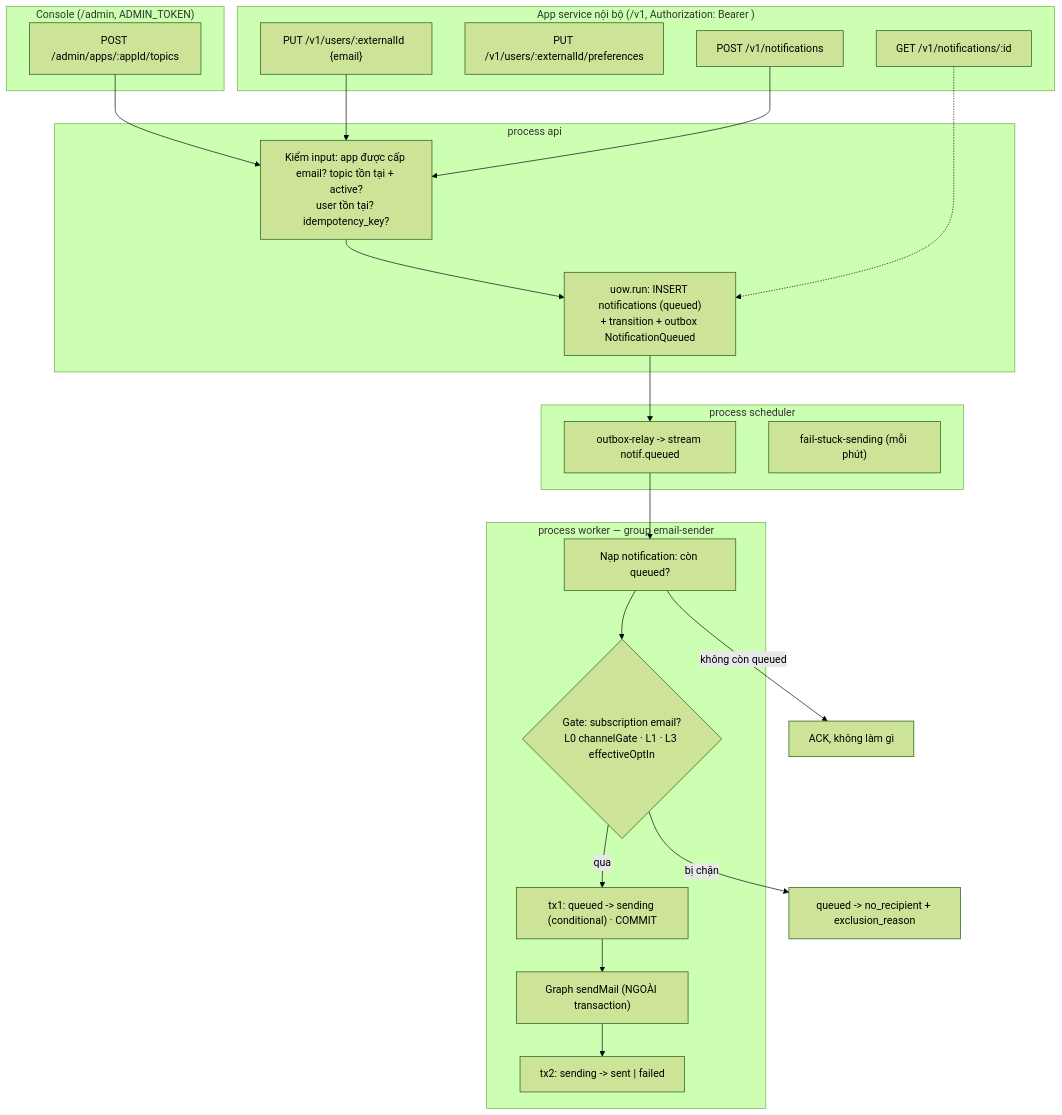
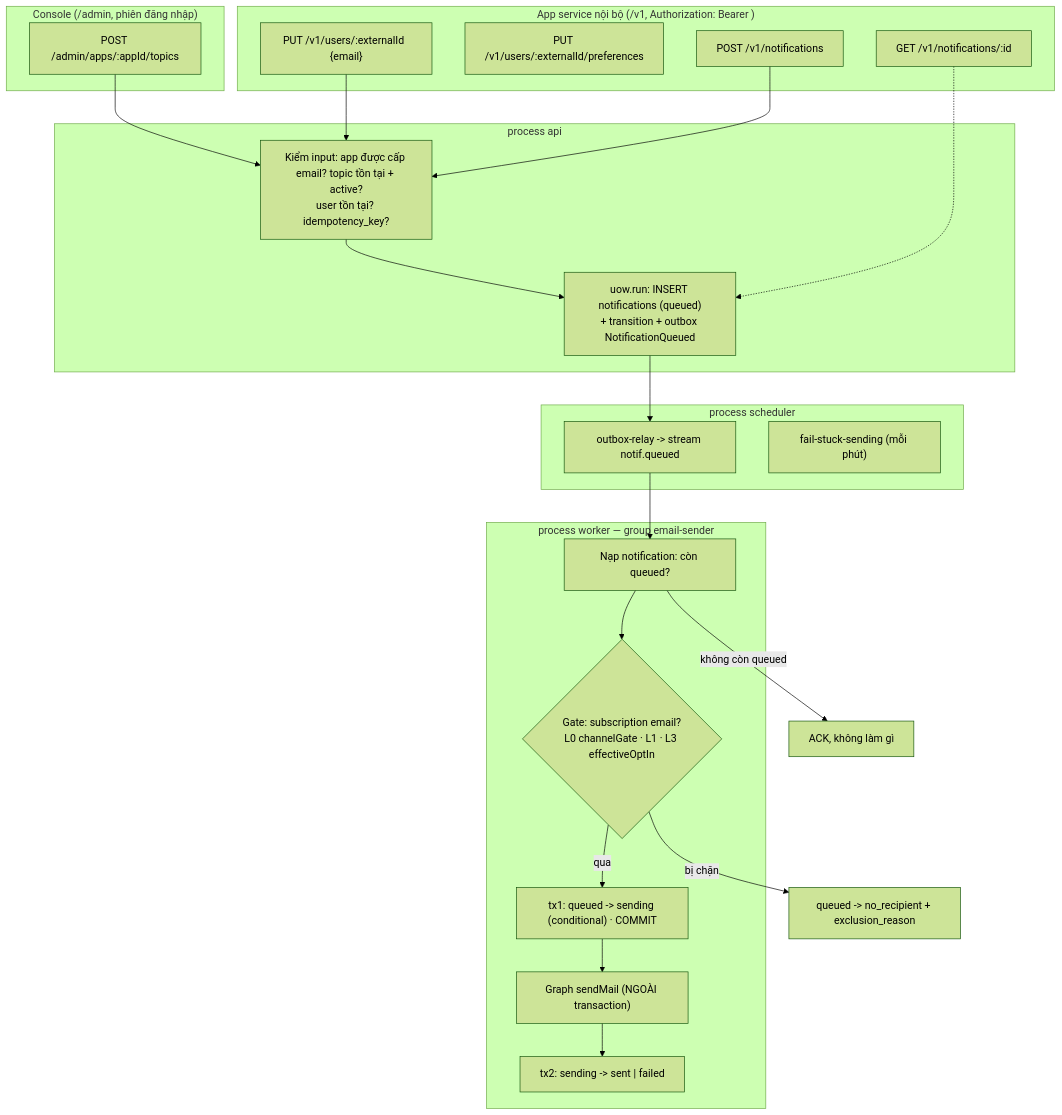
One commit to tuaanh03/Notification_Service changed the diagram in implementation_plan.md. Above: the diagram before and after it, drawn with Mermaid (forest theme). The commit also changed other lines of this file and 58 other files, not shown here.

````diff
--- a/implementation_plan.md
+++ b/implementation_plan.md
@@ -41,35 +41,35 @@
 ```mermaid
 flowchart TD
-    subgraph Admin["Console (/admin, ADMIN_TOKEN)"]
+    subgraph Admin["Console (/admin, phiên đăng nhập)"]
         T1["POST /admin/apps/:appId/topics"]
     end
     subgraph App["App service nội bộ (/v1, Authorization: Bearer <api key>)"]
         U1["PUT /v1/users/:externalId  {email}"]
         U2["PUT /v1/users/:externalId/preferences"]
         N1["POST /v1/notifications"]
         N2["GET /v1/notifications/:id"]
     end
     subgraph API["process api"]
         V["Kiểm input: app được cấp email? topic tồn tại + active?<br/>user tồn tại? idempotency_key?"]
         W["uow.run: INSERT notifications (queued)<br/>+ transition + outbox NotificationQueued"]
     end
     subgraph Relay["process scheduler"]
         R["outbox-relay -> stream notif.queued"]
         S["fail-stuck-sending (mỗi phút)"]
     end
     subgraph Worker["process worker — group email-sender"]
         L["Nạp notification: còn queued?"]
         G{"Gate: subscription email?<br/>L0 channelGate · L1 · L3 effectiveOptIn"}
         C["tx1: queued -> sending (conditional) · COMMIT"]
         P["Graph sendMail (NGOÀI transaction)"]
         D["tx2: sending -> sent | failed"]
     end
     T1 --> V
     U1 --> V
     N1 --> V --> W --> R --> L
     L -->|không còn queued| Ack["ACK, không làm gì"]
     L --> G
     G -->|bị chặn| NR["queued -> no_recipient + exclusion_reason"]
     G -->|qua| C --> P --> D
     N2 -.-> W
 ```
````
